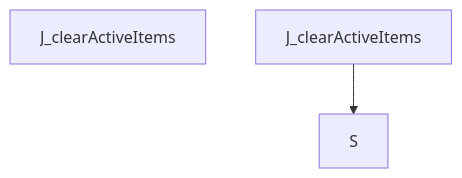
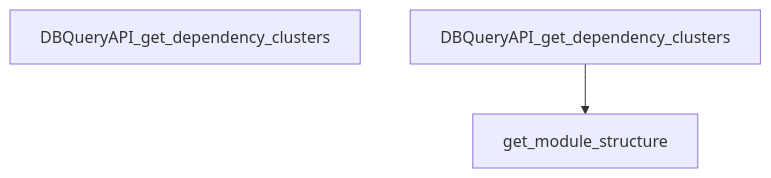
Diagram 13 of 27 in docs/DATA_FLOW.md (hazalkoom/DECODEx01), drawn with Mermaid before and after one commit. The commit also changed other lines of this file and 12 other files, not shown here.

````diff
--- a/docs/DATA_FLOW.md
+++ b/docs/DATA_FLOW.md
@@ -627,9 +501,9 @@
 ```mermaid
 graph TD
-    Start[J_clearActiveItems]
+    Start[DBQueryAPI_get_dependency_clusters]
 
 
-    J_clearActiveItems --> S
+    DBQueryAPI_get_dependency_clusters --> get_module_structure
 
 
 ```
````
